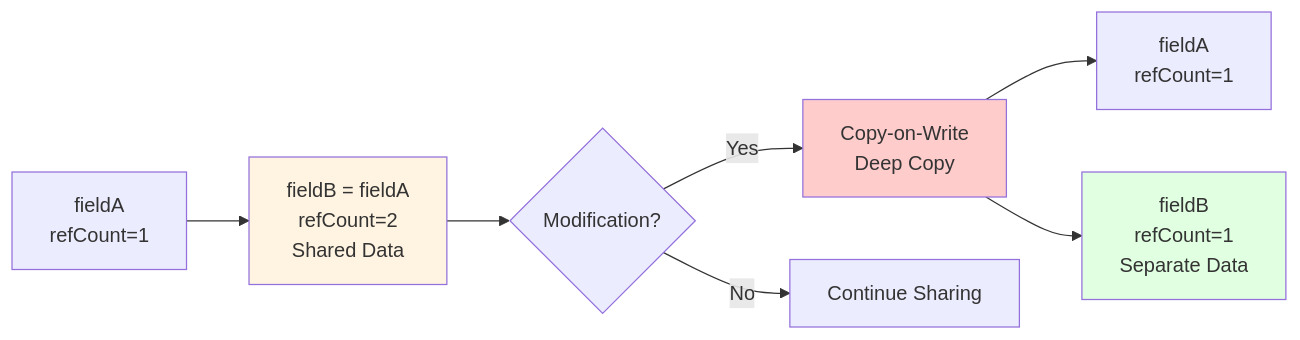
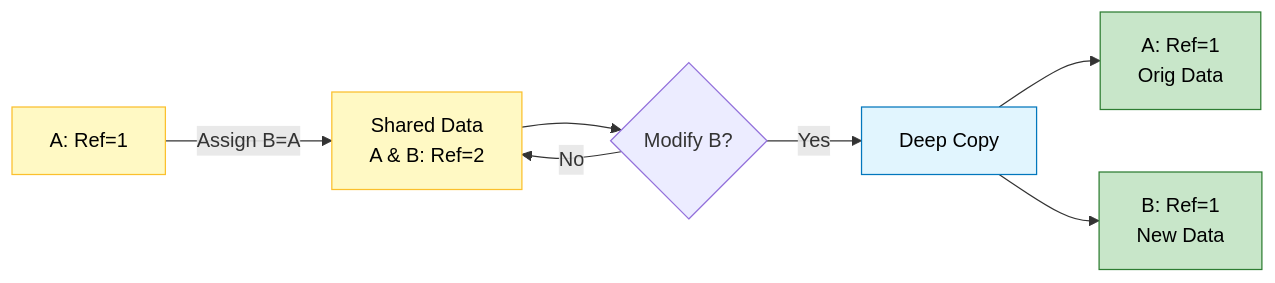
Before and after one commit to wramet/build-my-cfd: the sixth of 7 diagrams in MODULE_05_OPENFOAM_PROGRAMMING/CONTENT/03_CONTAINERS_MEMORY/02_Memory_Management_Fundamentals.md, drawn with Mermaid. The commit also changed other lines of this file and 313 other files, not shown here.

Commit message:
Revise all diagram

````diff
--- a/MODULE_05_OPENFOAM_PROGRAMMING/CONTENT/03_CONTAINERS_MEMORY/02_Memory_Management_Fundamentals.md
+++ b/MODULE_05_OPENFOAM_PROGRAMMING/CONTENT/03_CONTAINERS_MEMORY/02_Memory_Management_Fundamentals.md
@@ -775,13 +788,15 @@
 ```mermaid
 flowchart LR
-    A[fieldA<br/>refCount=1] --> B[fieldB = fieldA<br/>refCount=2<br/>Shared Data]
-    B --> C{Modification?}
-    C -->|Yes| D[Copy-on-Write<br/>Deep Copy]
-    C -->|No| E[Continue Sharing]
-    D --> F[fieldA<br/>refCount=1]
-    D --> G[fieldB<br/>refCount=1<br/>Separate Data]
-
-    style B fill:#fff4e1
-    style D fill:#ffcccc
-    style G fill:#e1ffe1
+    classDef state fill:#fff9c4,stroke:#fbc02d,color:#000
+    classDef action fill:#e1f5fe,stroke:#0277bd,color:#000
+    classDef result fill:#c8e6c9,stroke:#2e7d32,color:#000
+    
+    A[A: Ref=1]:::state -->|Assign B=A| B[Shared Data<br/>A & B: Ref=2]:::state
+    B --> Check{Modify B?}
+    
+    Check -- No --> B
+    Check -- Yes --> COW[Deep Copy]:::action
+    
+    COW --> ResA[A: Ref=1<br/>Orig Data]:::result
+    COW --> ResB[B: Ref=1<br/>New Data]:::result
 ```
````
